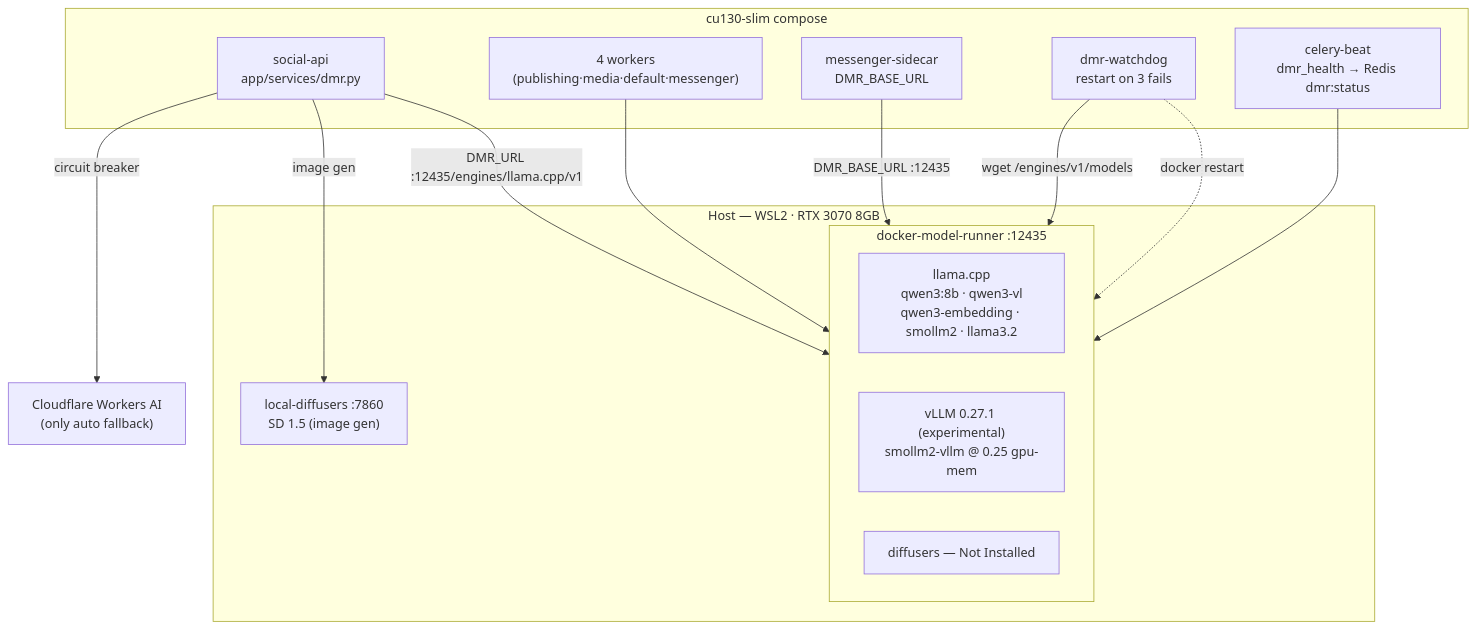
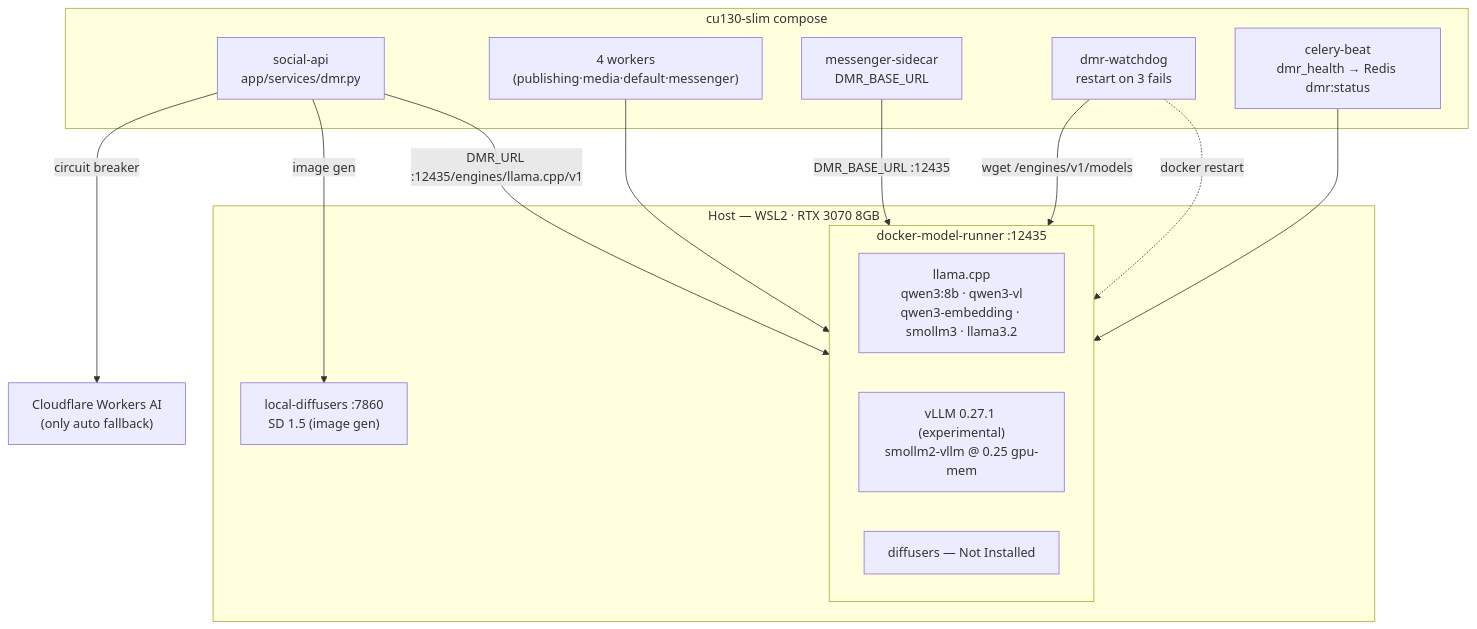
The diagram in docs/dmr-architecture.md (Themis128/cu130-slim), drawn with Mermaid before and after one commit. The commit also changed other lines of this file and 2 other files, not shown here.

````diff
--- a/docs/dmr-architecture.md
+++ b/docs/dmr-architecture.md
@@ -78,30 +78,30 @@
 ```mermaid
 flowchart TB
     subgraph Host["Host — WSL2 · RTX 3070 8GB"]
         subgraph Runner["docker-model-runner :12435"]
-            LC["llama.cpp<br/>qwen3:8b · qwen3-vl<br/>qwen3-embedding · smollm2 · llama3.2"]
+            LC["llama.cpp<br/>qwen3:8b · qwen3-vl<br/>qwen3-embedding · smollm3 · llama3.2"]
             VL["vLLM 0.27.1 (experimental)<br/>smollm2-vllm @ 0.25 gpu-mem"]
             DF["diffusers — Not Installed"]
         end
         LD["local-diffusers :7860<br/>SD 1.5 (image gen)"]
     end
 
     subgraph Compose["cu130-slim compose"]
         API["social-api<br/>app/services/dmr.py"]
         WK["4 workers<br/>(publishing·media·default·messenger)"]
         MS["messenger-sidecar<br/>DMR_BASE_URL"]
         WD["dmr-watchdog<br/>restart on 3 fails"]
         CB["celery-beat<br/>dmr_health → Redis dmr:status"]
     end
 
     CF["Cloudflare Workers AI<br/>(only auto fallback)"]
 
     API -->|"DMR_URL :12435/engines/llama.cpp/v1"| Runner
     WK --> Runner
     MS -->|"DMR_BASE_URL :12435"| Runner
     WD -->|"wget /engines/v1/models"| Runner
     WD -.->|"docker restart"| Runner
     CB --> Runner
     API -->|"circuit breaker"| CF
     API -->|"image gen"| LD
 ```
````
